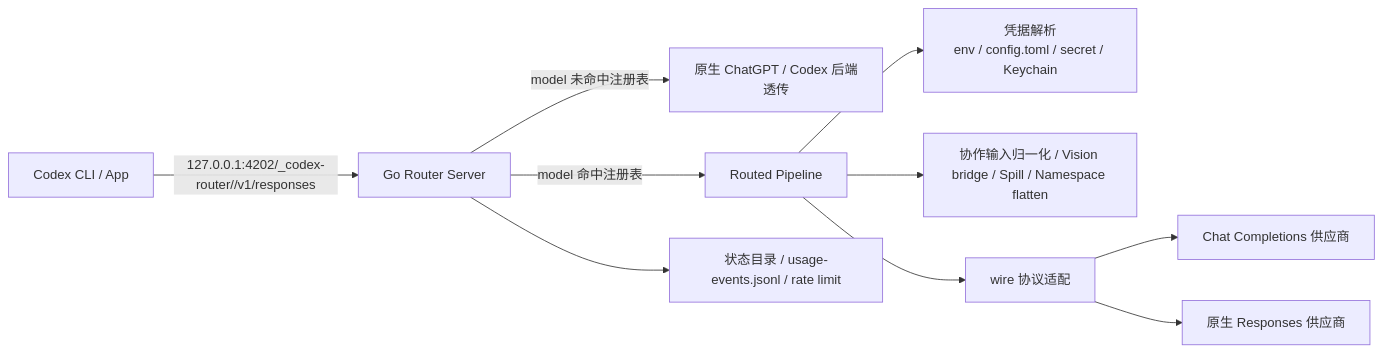
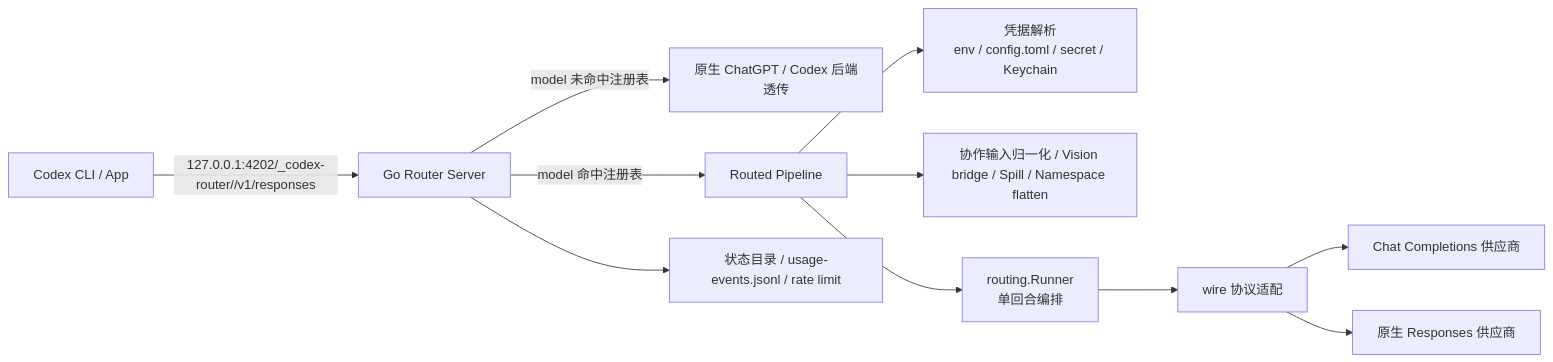
Before and after one commit to zol9527/codex-router-go: the diagram in docs/architecture/README.md, drawn with Mermaid. The commit also changed other lines of this file and 22 other files, not shown here.

````diff
--- a/docs/architecture/README.md
+++ b/docs/architecture/README.md
@@ -18,15 +18,16 @@
 ```mermaid
 flowchart LR
     C["Codex CLI / App"] -->|"127.0.0.1:4202/_codex-router/<caller-key>/v1/responses"| S["Go Router Server"]
 
     S -->|"model 未命中注册表"| N["原生 ChatGPT / Codex 后端透传"]
     S -->|"model 命中注册表"| R["Routed Pipeline"]
 
     R --> P1["凭据解析<br/>env / config.toml / secret / Keychain"]
     R --> P2["协作输入归一化 / Vision bridge / Spill / Namespace flatten"]
-    R --> P3["wire 协议适配"]
-    P3 --> U1["Chat Completions 供应商"]
-    P3 --> U2["原生 Responses 供应商"]
+    R --> P3["routing.Runner<br/>单回合编排"]
+    P3 --> P4["wire 协议适配"]
+    P4 --> U1["Chat Completions 供应商"]
+    P4 --> U2["原生 Responses 供应商"]
 
     S --> U["状态目录 / usage-events.jsonl / rate limit"]
 ```
````
